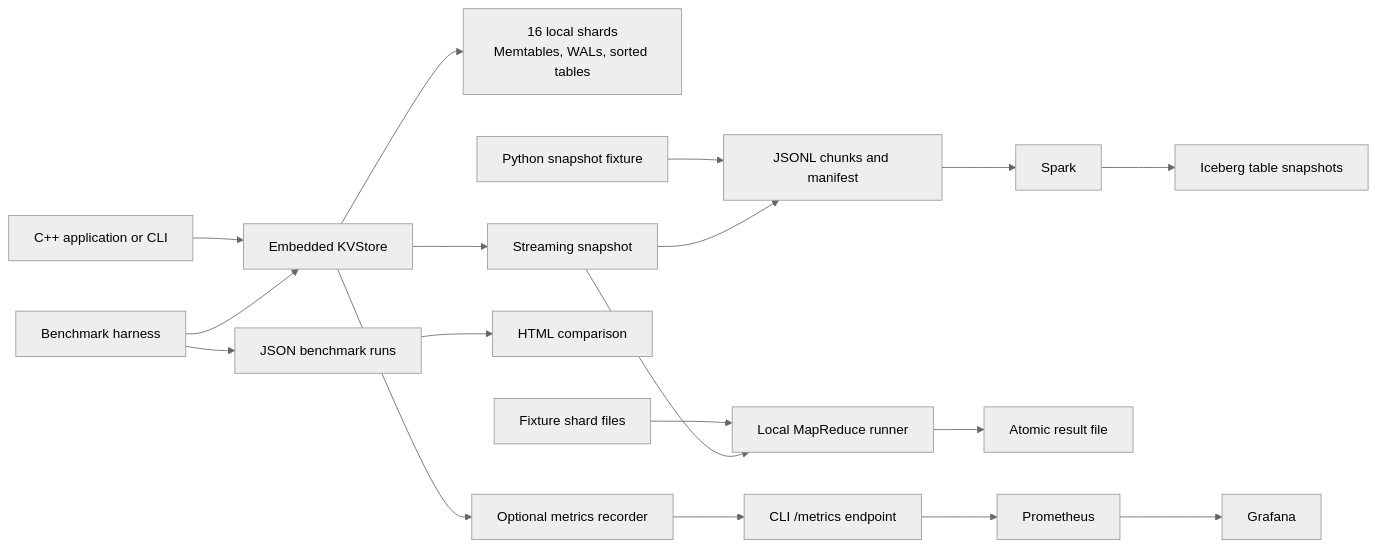
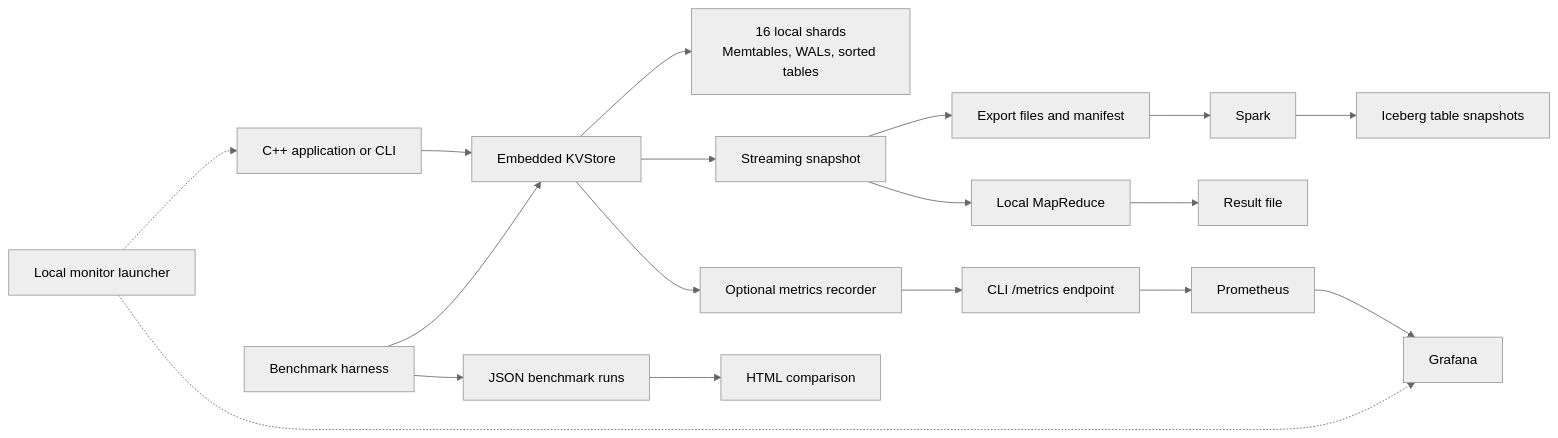
Before and after one commit to ZayaanB/kvstore: the diagram in docs/architecture.md, drawn with Mermaid (neutral theme). The commit also changed other lines of this file and 19 other files, not shown here.

````diff
--- a/docs/architecture.md
+++ b/docs/architecture.md
@@ -7,18 +7,18 @@
 ```mermaid
 flowchart LR
     App["C++ application or CLI"] --> Engine["Embedded KVStore"]
     Bench["Benchmark harness"] --> Engine
     Engine --> Storage["16 local shards<br/>Memtables, WALs, sorted tables"]
     Engine --> Snapshot["Streaming snapshot"]
     Engine --> Recorder["Optional metrics recorder"]
     Recorder --> Exporter["CLI /metrics endpoint"]
     Exporter --> Prometheus --> Grafana
+    Launcher["Local monitor launcher"] -.-> App
+    Launcher -.-> Grafana
     Bench --> Results["JSON benchmark runs"]
     Results --> Compare["HTML comparison"]
-    TSV["Fixture shard files"] --> MR["Local MapReduce runner"]
-    Snapshot --> MR
-    MR --> Output["Atomic result file"]
-    Fixture["Python snapshot fixture"] --> Manifest["JSONL chunks and manifest"]
-    Snapshot --> Manifest
+    Snapshot --> MR["Local MapReduce"]
+    MR --> Output["Result file"]
+    Snapshot --> Manifest["Export files and manifest"]
     Manifest --> Spark --> Iceberg["Iceberg table snapshots"]
 ```
````
